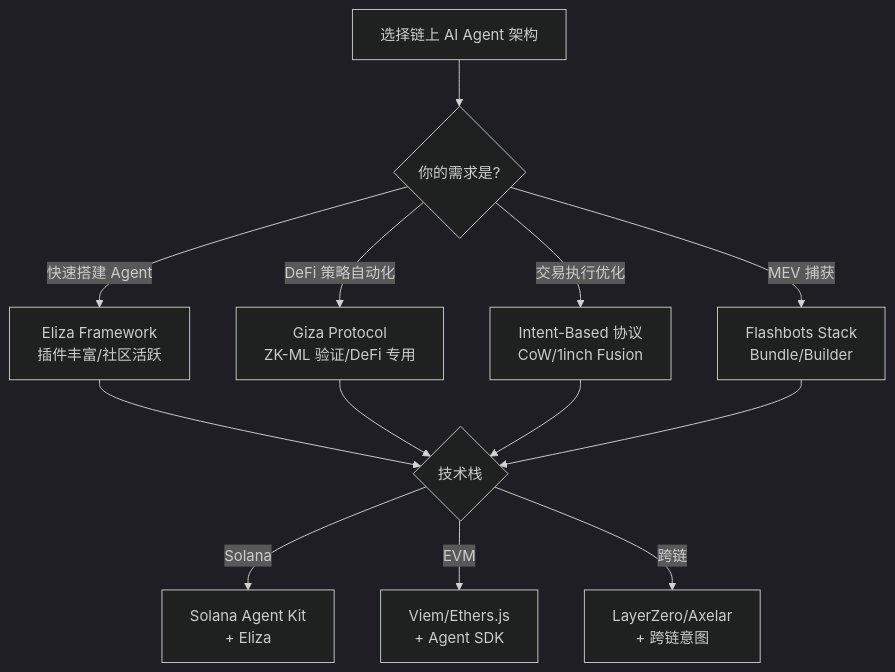
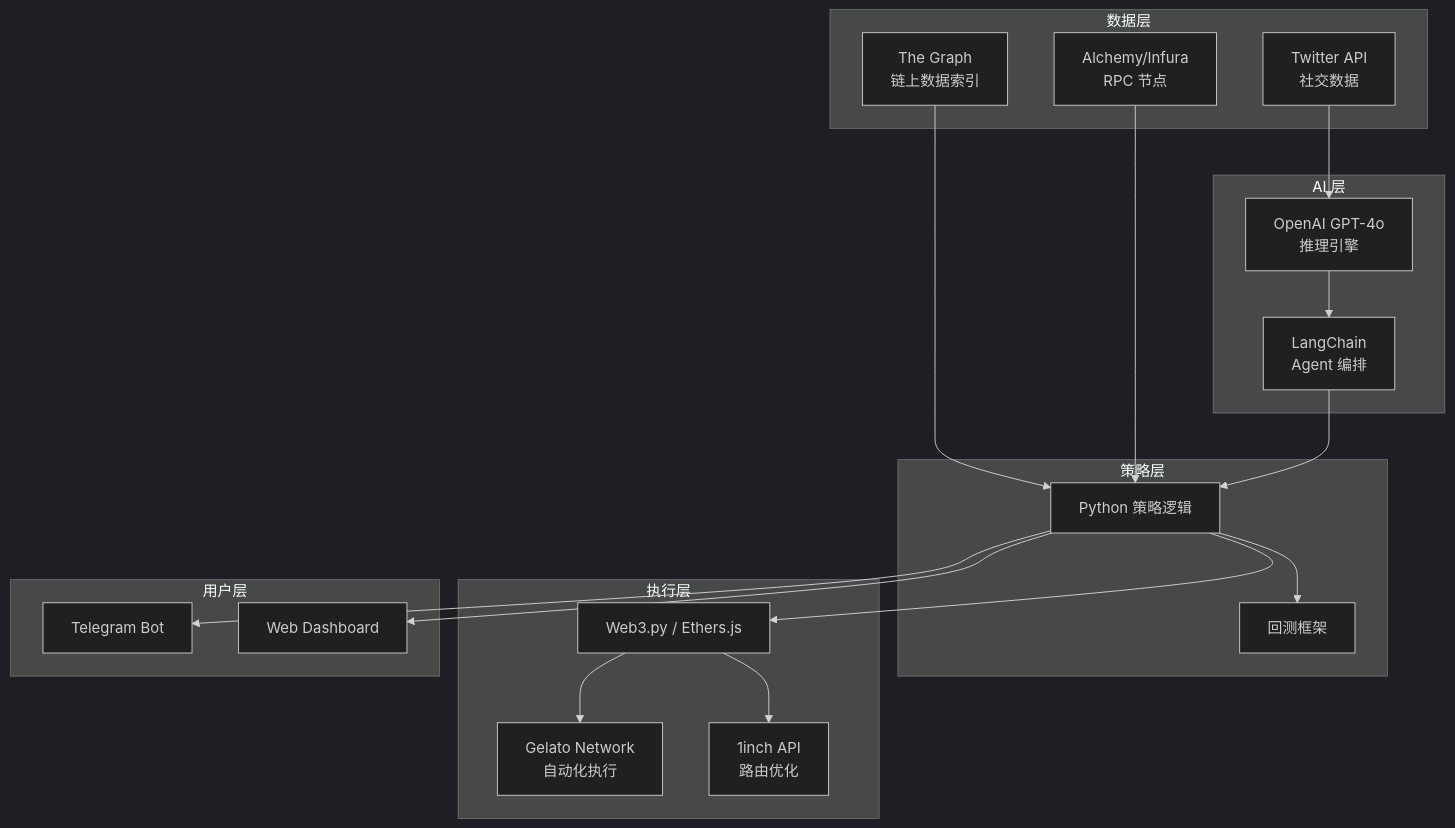
Diagram 12 of 12 in daily/2025-06-02.md (Silence-dream/ai-web3-school-cohort-0), drawn with Mermaid (dark theme) before and after one commit. The commit also changed other lines of this file, not shown here.

Commit message:
feat: 链上 AI Agent 自动交易策略 — 深度学习笔记 (完整版)

````diff
--- a/daily/2025-06-02.md
+++ b/daily/2025-06-02.md
@@ -380,17 +1139,36 @@
 ```mermaid
 flowchart TD
-    A[选择链上 AI Agent 架构] --> B{你的需求是?}
-    B -->|快速搭建 Agent| C[Eliza Framework<br/>插件丰富/社区活跃]
-    B -->|DeFi 策略自动化| D[Giza Protocol<br/>ZK-ML 验证/DeFi 专用]
-    B -->|交易执行优化| E[Intent-Based 协议<br/>CoW/1inch Fusion]
-    B -->|MEV 捕获| F[Flashbots Stack<br/>Bundle/Builder]
-
-    C --> G{技术栈}
-    D --> G
-    E --> G
+    subgraph "数据层"
+        A[The Graph<br/>链上数据索引]
+        B[Alchemy/Infura<br/>RPC 节点]
+        C[Twitter API<br/>社交数据]
+    end
+    subgraph "AI 层"
+        D[OpenAI GPT-4o<br/>推理引擎]
+        E[LangChain<br/>Agent 编排]
+    end
+    subgraph "策略层"
+        F[Python 策略逻辑]
+        G[回测框架]
+    end
+    subgraph "执行层"
+        H[Web3.py / Ethers.js]
+        I[Gelato Network<br/>自动化执行]
+        J[1inch API<br/>路由优化]
+    end
+    subgraph "用户层"
+        K[Telegram Bot]
+        L[Web Dashboard]
+    end
+    A --> F
+    B --> F
+    C --> D
+    D --> E
+    E --> F
     F --> G
-
-    G -->|Solana| H[Solana Agent Kit<br/>+ Eliza]
-    G -->|EVM| I[Viem/Ethers.js<br/>+ Agent SDK]
-    G -->|跨链| J[LayerZero/Axelar<br/>+ 跨链意图]
+    F --> H
+    H --> I
+    H --> J
+    F --> K
+    F --> L
 ```
````
